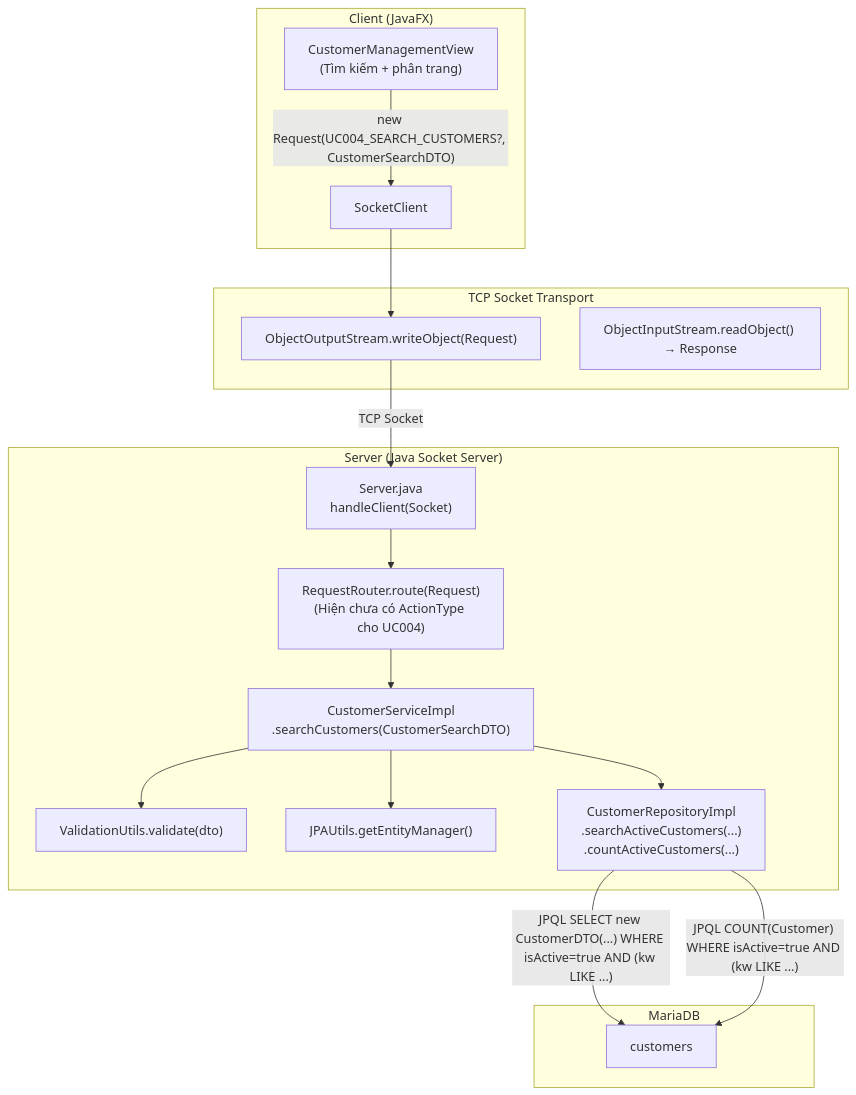
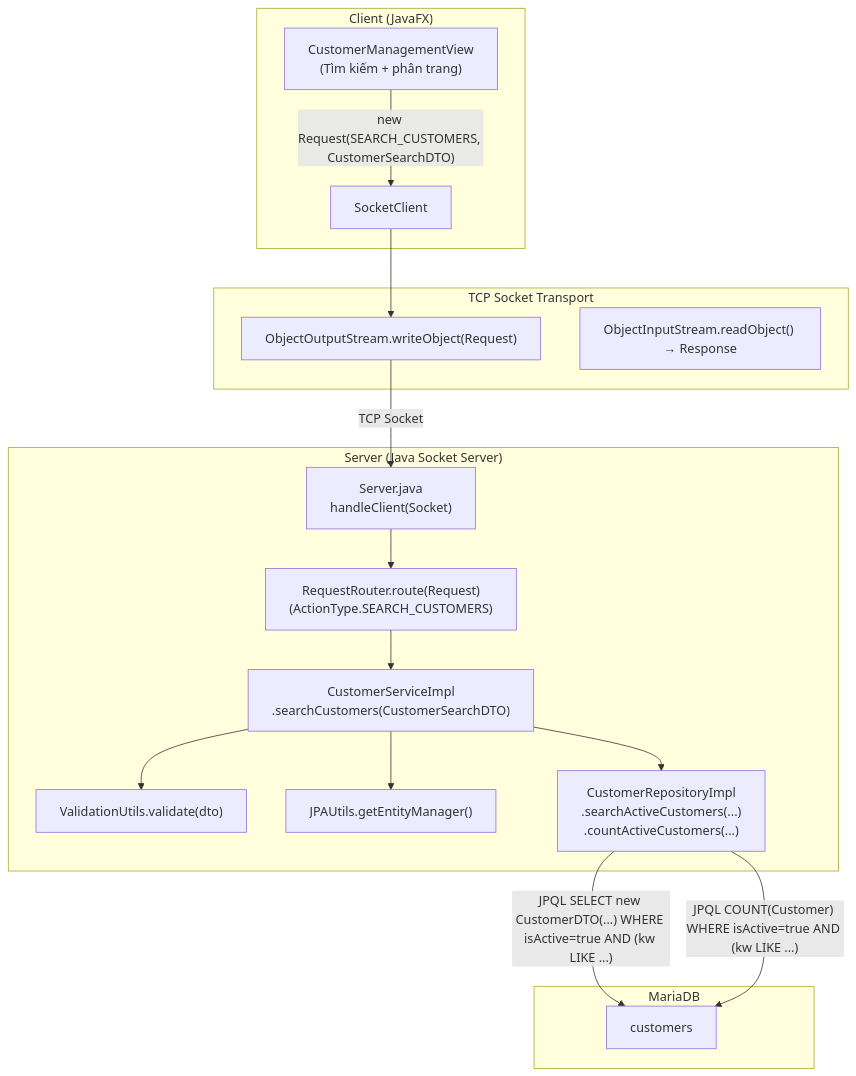
The first of 3 diagrams in docs/diagrams/sequence/uc004-tim-kiem-khach-hang.md (Distributed-Programing-Project/railway-reservation-system-server), drawn with Mermaid before and after one commit. The commit also changed other lines of this file and 5 other files, not shown here.

Commit message:
refactor: remove all emoji in sequence

````diff
--- a/docs/diagrams/sequence/uc004-tim-kiem-khach-hang.md
+++ b/docs/diagrams/sequence/uc004-tim-kiem-khach-hang.md
@@ -7,38 +7,38 @@
 ```mermaid
 graph TB
     subgraph CLIENT ["Client (JavaFX)"]
         UI["CustomerManagementView\n(Tìm kiếm + phân trang)"]
         SC["SocketClient"]
     end
 
     subgraph TRANSPORT ["TCP Socket Transport"]
         OOS["ObjectOutputStream.writeObject(Request)"]
         OIS["ObjectInputStream.readObject() → Response"]
     end
 
     subgraph SERVER ["Server (Java Socket Server)"]
         SRV["Server.java\nhandleClient(Socket)"]
-        RR["RequestRouter.route(Request)\n(Hiện chưa có ActionType cho UC004)"]
+        RR["RequestRouter.route(Request)\n(ActionType.SEARCH_CUSTOMERS)"]
         SVC["CustomerServiceImpl\n.searchCustomers(CustomerSearchDTO)"]
         VAL["ValidationUtils.validate(dto)"]
         JPA["JPAUtils.getEntityManager()"]
         REPO["CustomerRepositoryImpl\n.searchActiveCustomers(...)\n.countActiveCustomers(...)"]
     end
 
     subgraph DB ["MariaDB"]
         T_CUS["customers"]
     end
 
-    UI -- "new Request(UC004_SEARCH_CUSTOMERS?, CustomerSearchDTO)" --> SC
+    UI -- "new Request(SEARCH_CUSTOMERS, CustomerSearchDTO)" --> SC
     SC --> OOS
     OOS -- "TCP Socket" --> SRV
     SRV --> RR
     RR --> SVC
 
     SVC --> VAL
     SVC --> JPA
     SVC --> REPO
 
     REPO -- "JPQL SELECT new CustomerDTO(...) WHERE isActive=true AND (kw LIKE ...)" --> T_CUS
     REPO -- "JPQL COUNT(Customer) WHERE isActive=true AND (kw LIKE ...)" --> T_CUS
 ```
````
